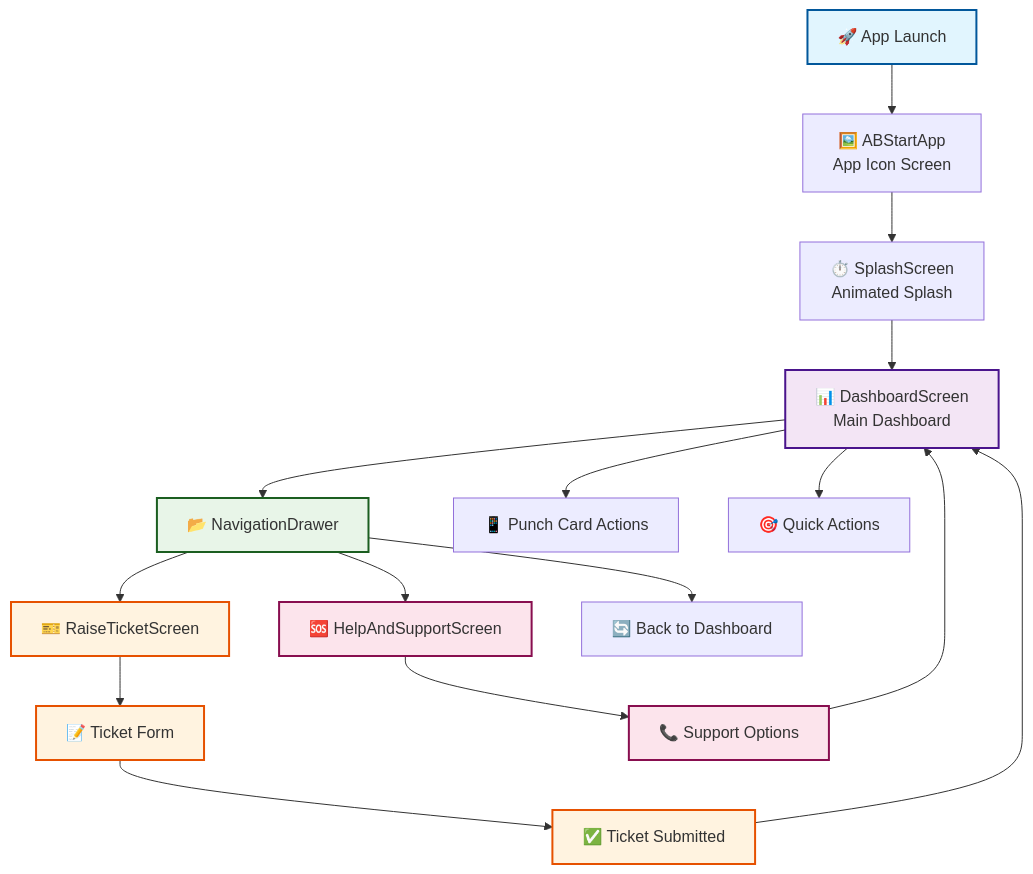
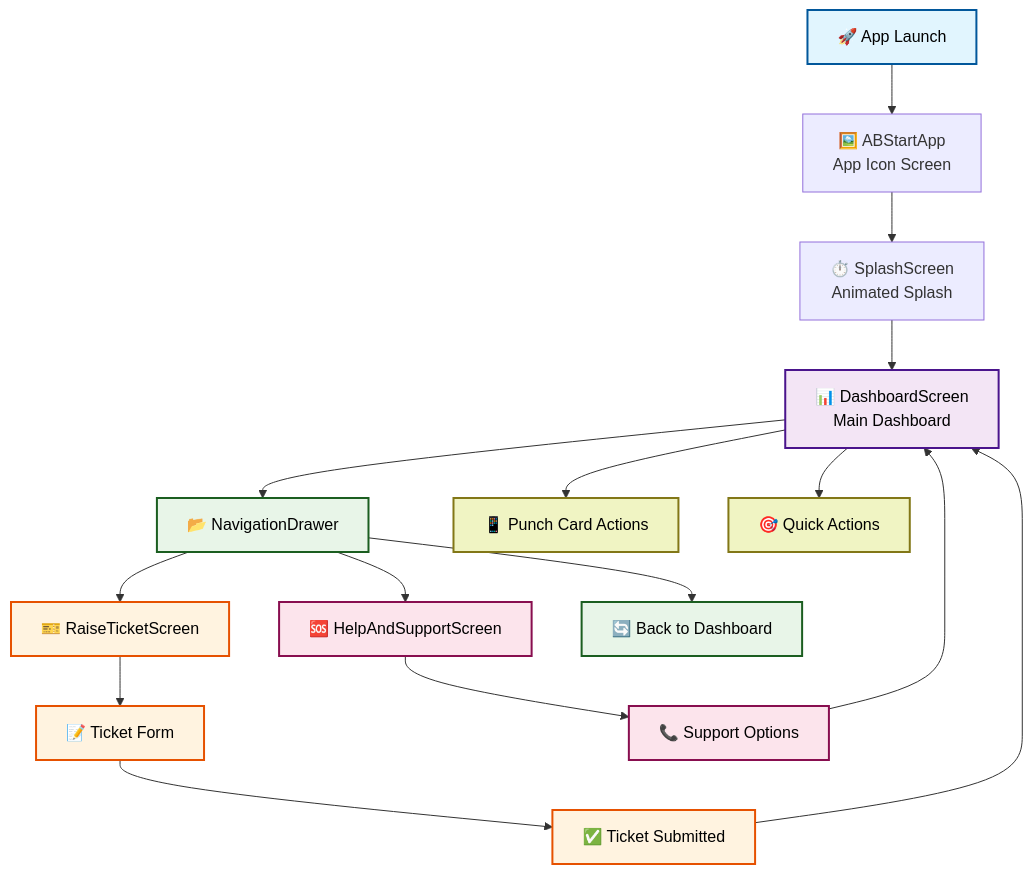
Before and after one commit to deshkaustubh/Internship1Project: the first of 4 diagrams in README.md, drawn with Mermaid. The commit also changed other lines of this file, not shown here.

Commit message:
update README with improved class definitions and added actions class

````diff
--- a/README.md
+++ b/README.md
@@ -124,33 +124,35 @@
 ```mermaid
 graph TD
     A[🚀 App Launch] --> B[🖼️ ABStartApp<br/>App Icon Screen]
     B --> C[⏱️ SplashScreen<br/>Animated Splash]
     C --> D[📊 DashboardScreen<br/>Main Dashboard]
     
     D --> E[📂 NavigationDrawer]
     E --> F[🎫 RaiseTicketScreen]
     E --> G[🆘 HelpAndSupportScreen]
     E --> H[🔄 Back to Dashboard]
     
     D --> I[📱 Punch Card Actions]
     D --> J[🎯 Quick Actions]
     
     F --> K[📝 Ticket Form]
     K --> L[✅ Ticket Submitted]
     L --> D
     
     G --> M[📞 Support Options]
     M --> D
     
-    classDef launch fill:#e1f5fe,stroke:#01579b,stroke-width:2px
-    classDef dashboard fill:#f3e5f5,stroke:#4a148c,stroke-width:2px
-    classDef drawer fill:#e8f5e8,stroke:#1b5e20,stroke-width:2px
-    classDef ticket fill:#fff3e0,stroke:#e65100,stroke-width:2px
-    classDef support fill:#fce4ec,stroke:#880e4f,stroke-width:2px
+    classDef launch fill:#e1f5fe,stroke:#01579b,stroke-width:2px,color:#000
+    classDef dashboard fill:#f3e5f5,stroke:#4a148c,stroke-width:2px,color:#000
+    classDef drawer fill:#e8f5e8,stroke:#1b5e20,stroke-width:2px,color:#000
+    classDef ticket fill:#fff3e0,stroke:#e65100,stroke-width:2px,color:#000
+    classDef support fill:#fce4ec,stroke:#880e4f,stroke-width:2px,color:#000
+    classDef actions fill:#f0f4c3,stroke:#827717,stroke-width:2px,color:#000
     
     class A launch
     class D dashboard
-    class E drawer
+    class E,H drawer
     class F,K,L ticket
     class G,M support
+    class I,J actions
 ```
````
